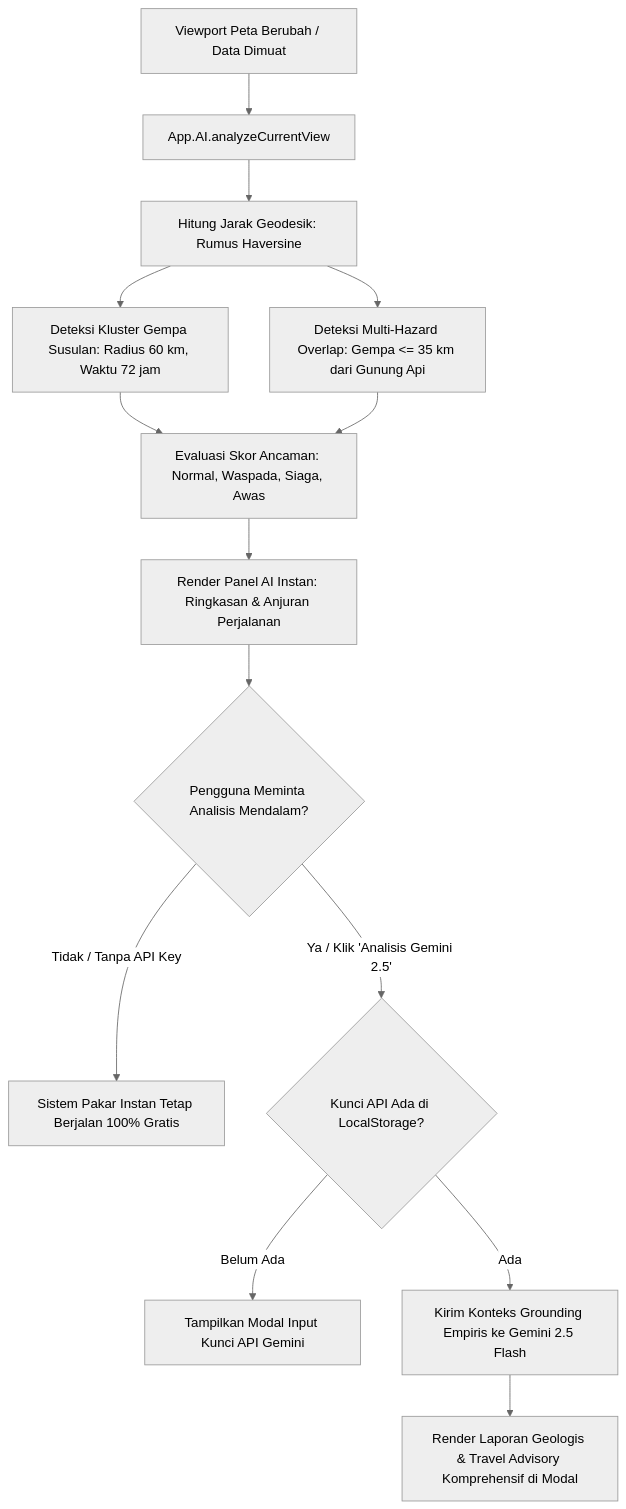
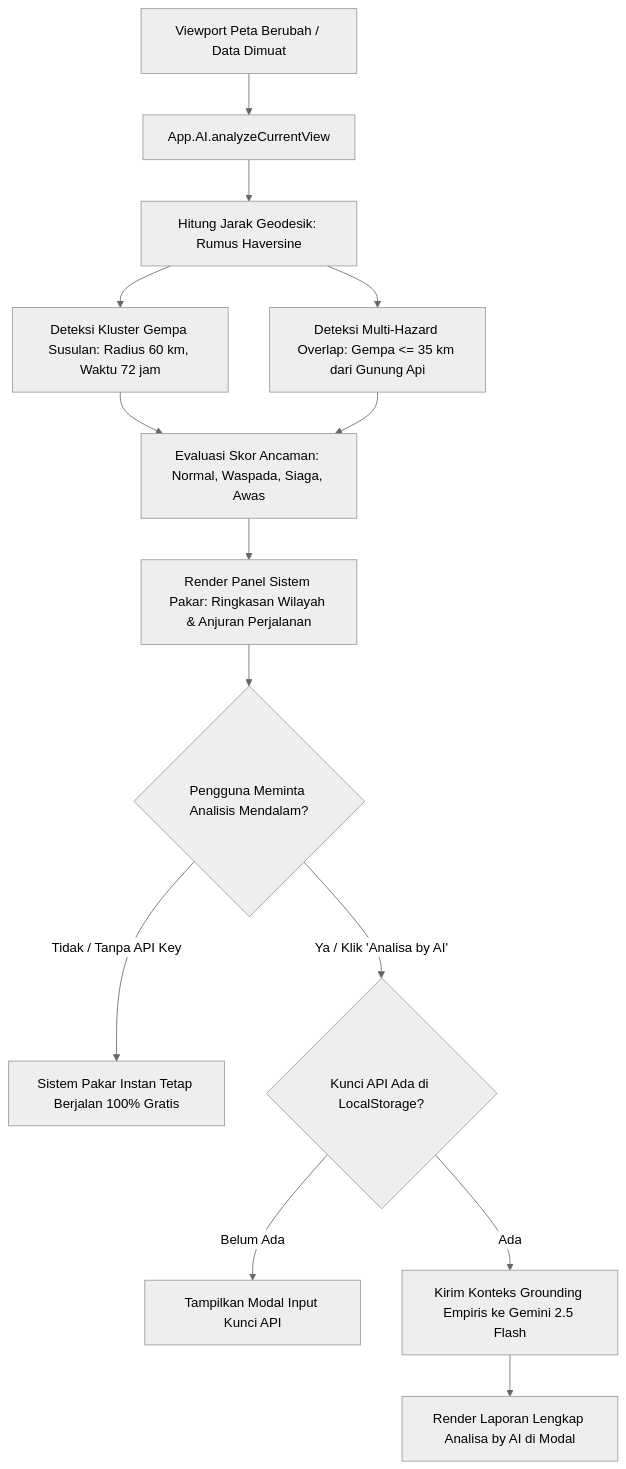
The second of 2 diagrams in README.md (masisparmo/pantaugempa), drawn with Mermaid (neutral theme) before and after one commit. The commit also changed other lines of this file and 2 other files, not shown here.

Commit message:
Sempurnakan Sistem Pakar dengan nama daerah & optimasi Analisa by AI penuh tanpa terpotong

````diff
--- a/README.md
+++ b/README.md
@@ -200,19 +201,19 @@
 ```mermaid
 flowchart TD
     A[Viewport Peta Berubah / Data Dimuat] --> B[App.AI.analyzeCurrentView]
     B --> C[Hitung Jarak Geodesik: Rumus Haversine]
     C --> D[Deteksi Kluster Gempa Susulan: Radius 60 km, Waktu 72 jam]
     C --> E[Deteksi Multi-Hazard Overlap: Gempa <= 35 km dari Gunung Api]
     
     D --> F[Evaluasi Skor Ancaman: Normal, Waspada, Siaga, Awas]
     E --> F
     
-    F --> G[Render Panel AI Instan: Ringkasan & Anjuran Perjalanan]
+    F --> G[Render Panel Sistem Pakar: Ringkasan Wilayah & Anjuran Perjalanan]
     
     G --> H{Pengguna Meminta Analisis Mendalam?}
     H -- Tidak / Tanpa API Key --> I[Sistem Pakar Instan Tetap Berjalan 100% Gratis]
-    H -- Ya / Klik 'Analisis Gemini 2.5' --> J{Kunci API Ada di LocalStorage?}
-    J -- Belum Ada --> K[Tampilkan Modal Input Kunci API Gemini]
+    H -- Ya / Klik 'Analisa by AI' --> J{Kunci API Ada di LocalStorage?}
+    J -- Belum Ada --> K[Tampilkan Modal Input Kunci API]
     J -- Ada --> L[Kirim Konteks Grounding Empiris ke Gemini 2.5 Flash]
-    L --> M[Render Laporan Geologis & Travel Advisory Komprehensif di Modal]
+    L --> M[Render Laporan Lengkap Analisa by AI di Modal]
 ```
````
